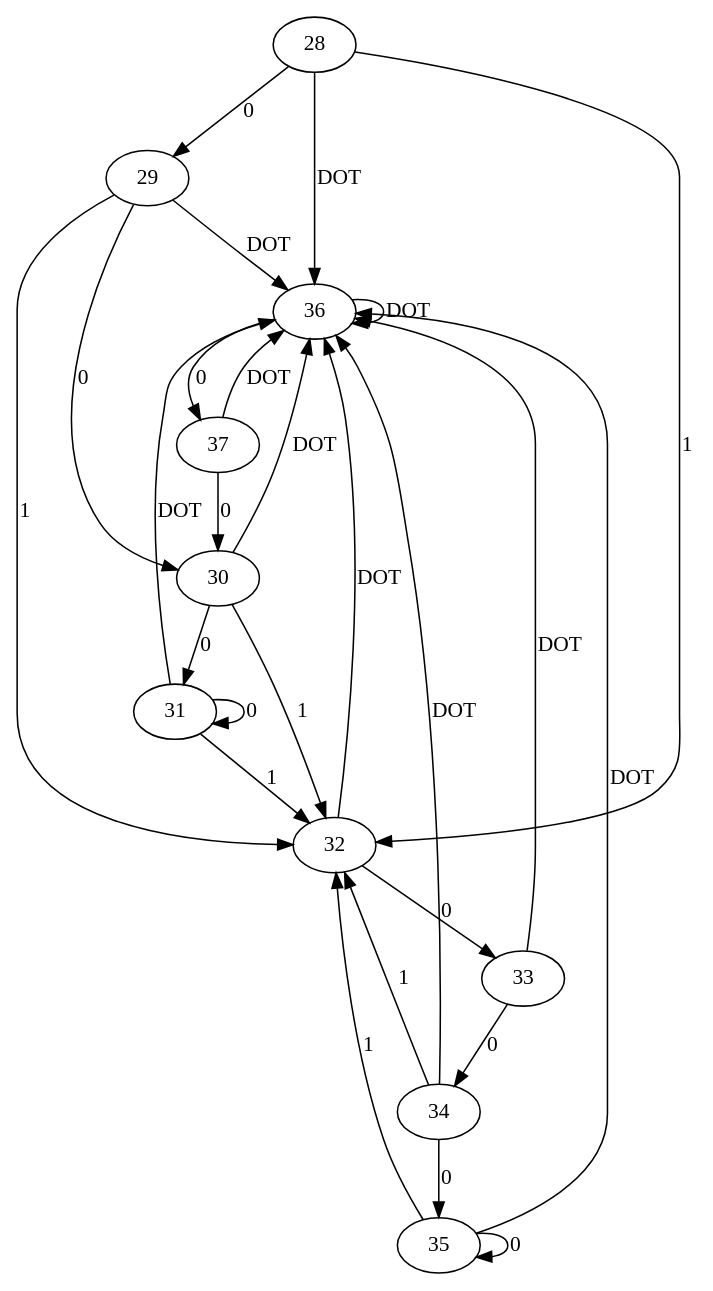
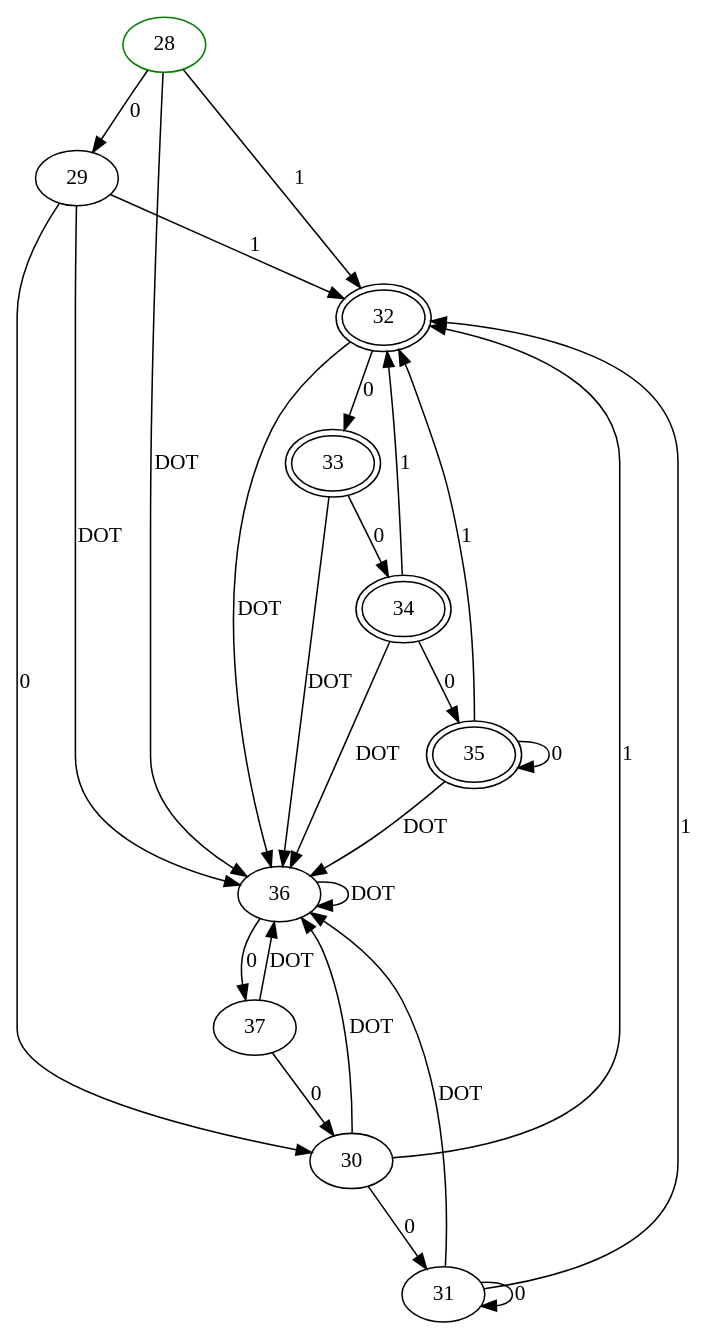
Before and after one commit to dsiragusa/grep: the diagram in dot/dfa.dot, drawn with Graphviz. The commit also changed 6 other files, not shown here.

```diff
--- a/dot/dfa.dot
+++ b/dot/dfa.dot
@@ -1,28 +1,38 @@
 digraph nfa{
-36 -> 37 [label="0"];
-36 -> 36 [label="DOT"];
+28 [color=green];
+28 -> 29 [label="0"];
+28 -> 32 [label="1"];
+28 -> 36 [label="DOT"];
+34 [peripheries=2];
 34 -> 35 [label="0"];
 34 -> 32 [label="1"];
 34 -> 36 [label="DOT"];
+33 [peripheries=2];
 33 -> 34 [label="0"];
 33 -> 36 [label="DOT"];
+35 [peripheries=2];
+35 -> 35 [label="0"];
+35 -> 32 [label="1"];
+35 -> 36 [label="DOT"];
+32 [peripheries=2];
 32 -> 33 [label="0"];
 32 -> 36 [label="DOT"];
+37 [];
+37 -> 30 [label="0"];
+37 -> 36 [label="DOT"];
+36 [];
+36 -> 37 [label="0"];
+36 -> 36 [label="DOT"];
+31 [];
 31 -> 31 [label="0"];
 31 -> 32 [label="1"];
 31 -> 36 [label="DOT"];
-37 -> 30 [label="0"];
-37 -> 36 [label="DOT"];
+30 [];
+30 -> 31 [label="0"];
+30 -> 32 [label="1"];
+30 -> 36 [label="DOT"];
+29 [];
 29 -> 30 [label="0"];
 29 -> 32 [label="1"];
 29 -> 36 [label="DOT"];
-35 -> 35 [label="0"];
-35 -> 32 [label="1"];
-35 -> 36 [label="DOT"];
-30 -> 31 [label="0"];
-30 -> 32 [label="1"];
-30 -> 36 [label="DOT"];
-28 -> 29 [label="0"];
-28 -> 32 [label="1"];
-28 -> 36 [label="DOT"];
 }
```
